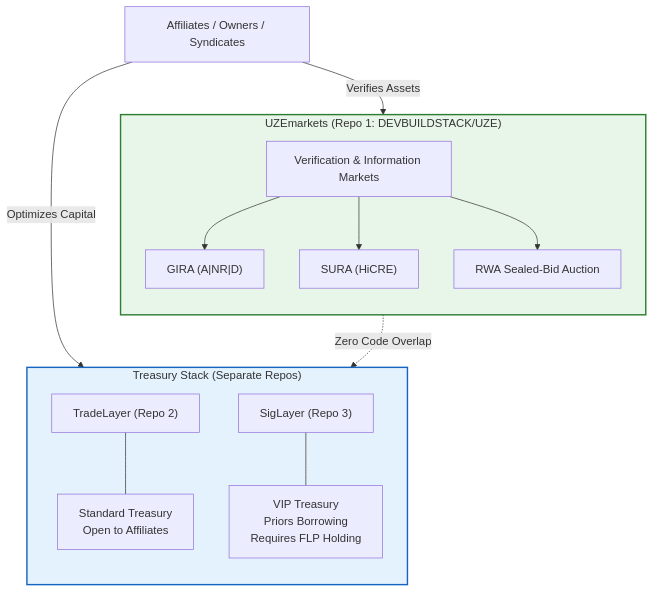
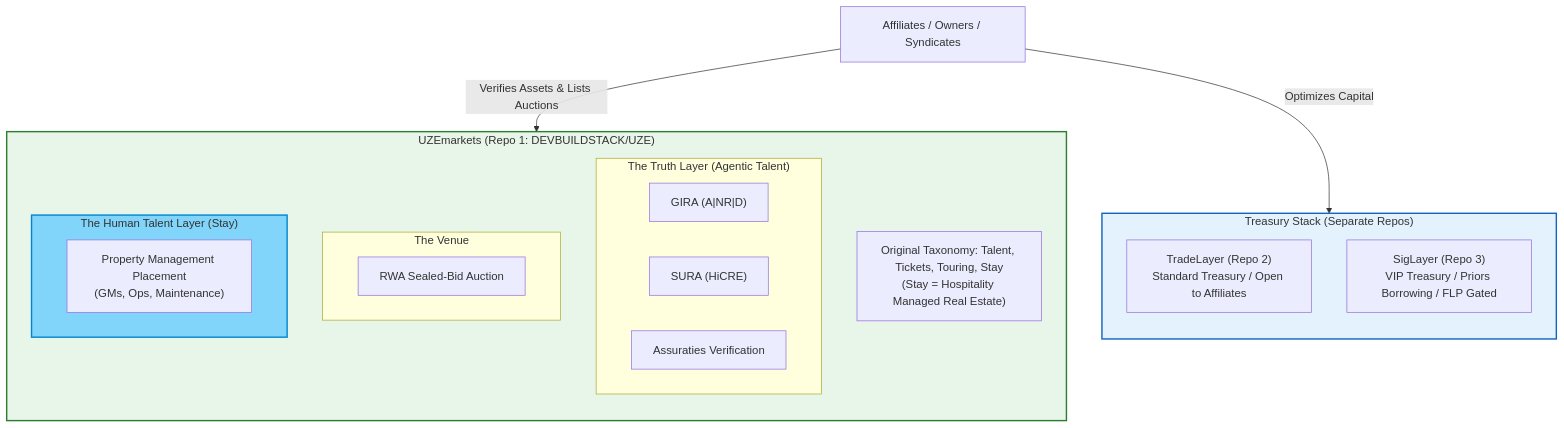
One commit to DEVBUILDSTACK/UZE changed the diagram in docs/diagrams/12-ecosystem-separation.md. Above: the diagram before and after it, drawn with Mermaid. The commit also changed other lines of this file and 2 other files, not shown here.

Commit message:
Final Doctrine: dual-sided talent marketplace covenant; diagrams 12/13 revised
Per the Final Doctrine & Architecture Update (2026-11-10), which
supersedes prior boundary doctrines: UZEmarkets is a dual-sided
talent marketplace (human + agentic) under the original taxonomy
— Talent, Tickets, Touring, Stay (Stay = hospitality managed
real estate). The finalized Non-Competition Covenant (no advisory
clients; auction listings taken; property management & operations
placement taken — own talent in active/pilot markets, outstaffing
partners outside; GIRA/SURA as the agentic side) is codified in
SUBMISSION.md and the separation record, and diagrams 12/13 are
revised to match. Documentation only — no build code touched.

````diff
--- a/docs/diagrams/12-ecosystem-separation.md
+++ b/docs/diagrams/12-ecosystem-separation.md
@@ -7,35 +10,36 @@
 ```mermaid
 flowchart TD
     subgraph UZE["UZEmarkets (Repo 1: DEVBUILDSTACK/UZE)"]
         direction TB
-        VERIFY["Verification & Information Markets"]
-        GIRA["GIRA (A|NR|D)"]
-        SURA["SURA (HiCRE)"]
-        AUCTION["RWA Sealed-Bid Auction"]
-        VERIFY --> GIRA
-        VERIFY --> SURA
-        VERIFY --> AUCTION
+        TAXONOMY["Original Taxonomy: Talent, Tickets, Touring, Stay<br/>(Stay = Hospitality Managed Real Estate)"]
+
+        subgraph TRUTH["The Truth Layer (Agentic Talent)"]
+            GIRA["GIRA (A|NR|D)"]
+            SURA["SURA (HiCRE)"]
+            ASSURATIES["Assuraties Verification"]
+        end
+
+        subgraph VENUE["The Venue"]
+            AUCTION["RWA Sealed-Bid Auction"]
+        end
+
+        subgraph TALENT["The Human Talent Layer (Stay)"]
+            PLACE["Property Management Placement<br/>(GMs, Ops, Maintenance)"]
+        end
     end
 
     subgraph TREASURY["Treasury Stack (Separate Repos)"]
         direction TB
-        TRADE["TradeLayer (Repo 2)"]
-        SIG["SigLayer (Repo 3)"]
-
-        TRADE_DEF["Standard Treasury<br/>Open to Affiliates"]
-        SIG_DEF["VIP Treasury<br/>Priors Borrowing<br/>Requires FLP Holding"]
-
-        TRADE --- TRADE_DEF
-        SIG --- SIG_DEF
+        TRADE["TradeLayer (Repo 2)<br/>Standard Treasury / Open to Affiliates"]
+        SIG["SigLayer (Repo 3)<br/>VIP Treasury / Priors Borrowing / FLP Gated"]
     end
 
     CLIENT["Affiliates / Owners / Syndicates"]
 
-    CLIENT -->|"Verifies Assets"| UZE
+    CLIENT -->|"Verifies Assets & Lists Auctions"| UZE
     CLIENT -->|"Optimizes Capital"| TREASURY
-
-    UZE -.->|"Zero Code Overlap"| TREASURY
 
     style UZE fill:#e8f5e9,stroke:#2e7d32,stroke-width:2px
     style TREASURY fill:#e3f2fd,stroke:#1565c0,stroke-width:2px
+    style TALENT fill:#81d4fa,stroke:#0288d1,stroke-width:2px
 ```
````
